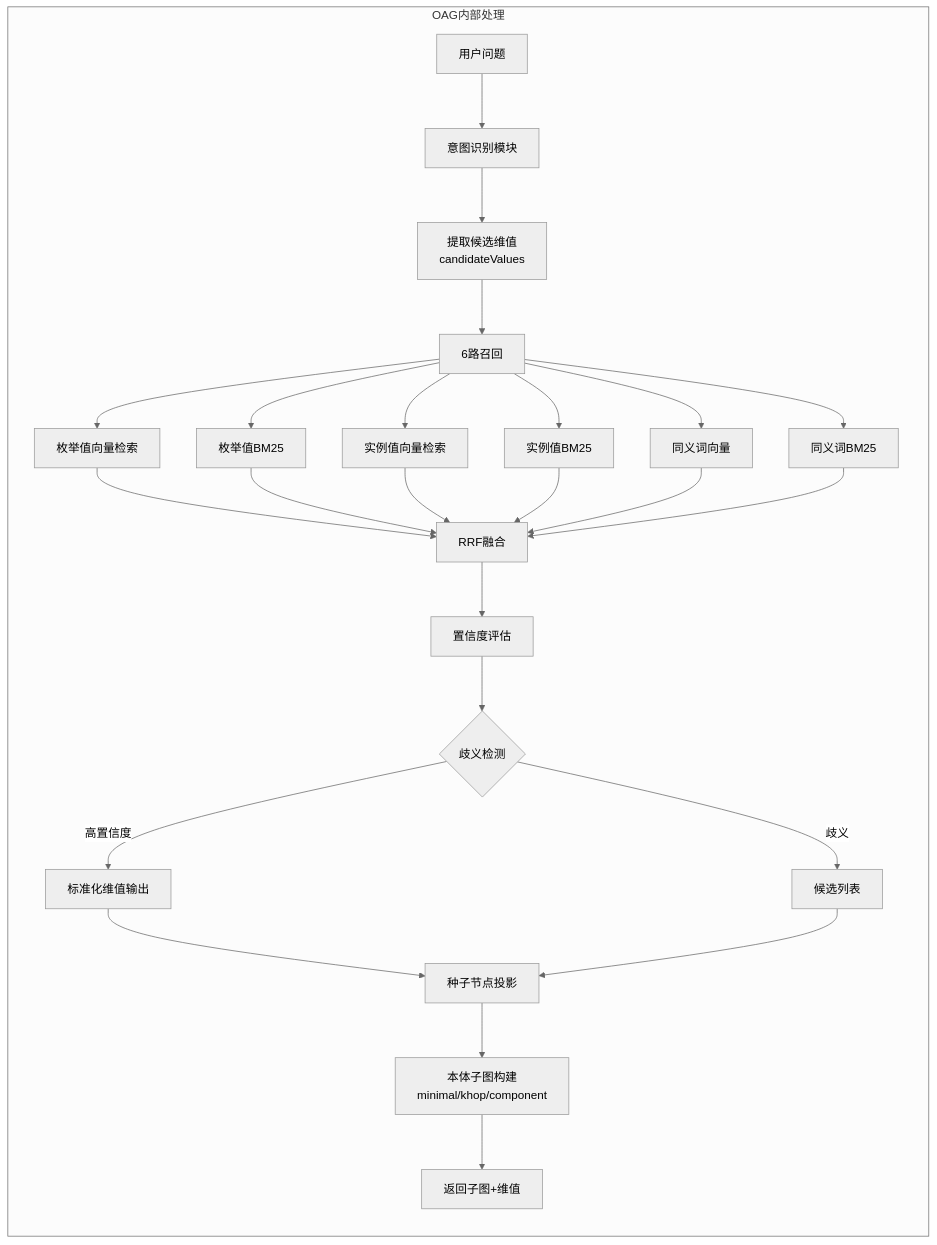
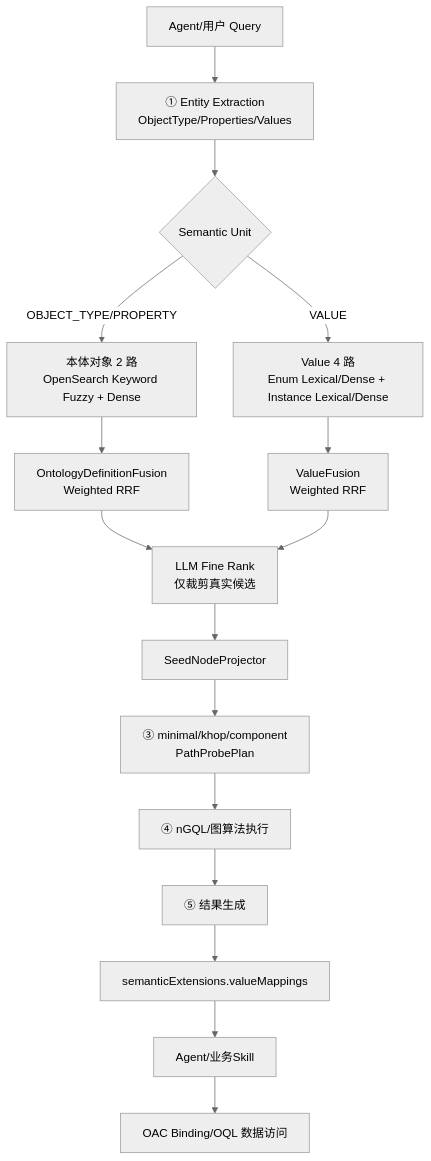
One commit to cfwl100/onology_dsl changed the second of 2 diagrams in docs/需求分析Spec_本体维值建模与检索.md. Above: the diagram before and after it, drawn with Mermaid (neutral theme). The commit also changed other lines of this file, not shown here.

Commit message:
docs: align dimension value requirements with OAG V6.5

````diff
--- a/docs/需求分析Spec_本体维值建模与检索.md
+++ b/docs/需求分析Spec_本体维值建模与检索.md
@@ -422,32 +216,20 @@
 ```mermaid
-flowchart LR
-    subgraph OAG内部处理
-        A[用户问题] --> B[意图识别模块]
-        B --> C[提取候选维值<br/>candidateValues]
+flowchart TD
+    Q[Agent/用户 Query] --> EE[① Entity Extraction\nObjectType/Properties/Values]
+    EE --> ROUTE{Semantic Unit}
 
-        C --> D[6路召回]
-        D --> D1[枚举值向量检索]
-        D --> D2[枚举值BM25]
-        D --> D3[实例值向量检索]
-        D --> D4[实例值BM25]
-        D --> D5[同义词向量]
-        D --> D6[同义词BM25]
+    ROUTE -->|OBJECT_TYPE/PROPERTY| OD[本体对象 2 路\nOpenSearch Keyword Fuzzy + Dense]
+    ROUTE -->|VALUE| VV[Value 4 路\nEnum Lexical/Dense + Instance Lexical/Dense]
 
-        D1 --> E[RRF融合]
-        D2 --> E
-        D3 --> E
-        D4 --> E
-        D5 --> E
-        D6 --> E
-
-        E --> F[置信度评估]
-        F --> G{歧义检测}
-        G -->|高置信度| H[标准化维值输出]
-        G -->|歧义| I[候选列表]
-
-        H --> J[种子节点投影]
-        I --> J
-        J --> K[本体子图构建<br/>minimal/khop/component]
-        K --> L[返回子图+维值]
-    end
+    OD --> ORRF[OntologyDefinitionFusion\nWeighted RRF]
+    VV --> VRRF[ValueFusion\nWeighted RRF]
+    ORRF --> RERANK[LLM Fine Rank\n仅裁剪真实候选]
+    VRRF --> RERANK
+    RERANK --> PROJ[SeedNodeProjector]
+    PROJ --> SG[③ minimal/khop/component\nPathProbePlan]
+    SG --> GRAPH[④ nGQL/图算法执行]
+    GRAPH --> RESULT[⑤ 结果生成]
+    RESULT --> EXT[semanticExtensions.valueMappings]
+    EXT --> AGENT[Agent/业务Skill]
+    AGENT --> OAC[OAC Binding/OQL 数据访问]
 ```
````
